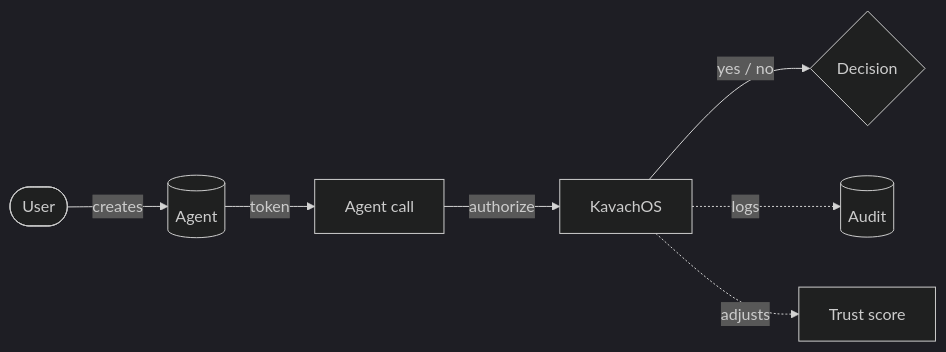
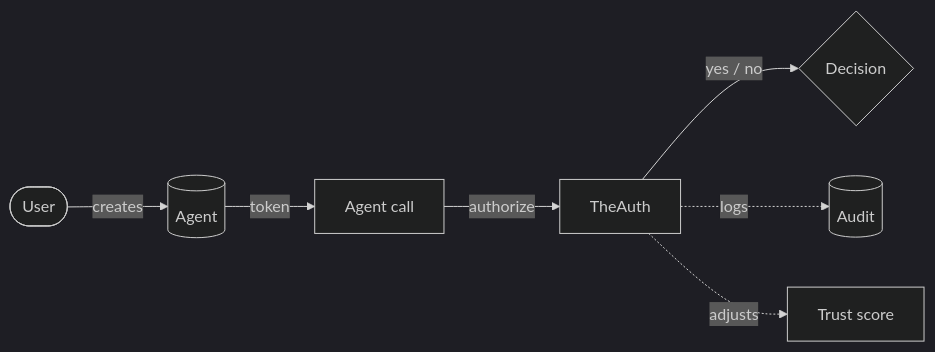
One commit to glincker/theauth changed the diagram in docs/concepts.mdx. Above: the diagram before and after it, drawn with Mermaid (dark theme). The commit also changed other lines of this file and 608 other files, not shown here.

````diff
--- a/docs/concepts.mdx
+++ b/docs/concepts.mdx
@@ -9,9 +9,9 @@
 ```mermaid
 flowchart LR
   U([User]) -->|creates| A[(Agent)]
   A -->|token| C[Agent call]
-  C -->|authorize| K[KavachOS]
+  C -->|authorize| K[TheAuth]
   K -->|yes / no| Out{Decision}
   K -.->|logs| Log[(Audit)]
   K -.->|adjusts| T[Trust score]
 ```
````
